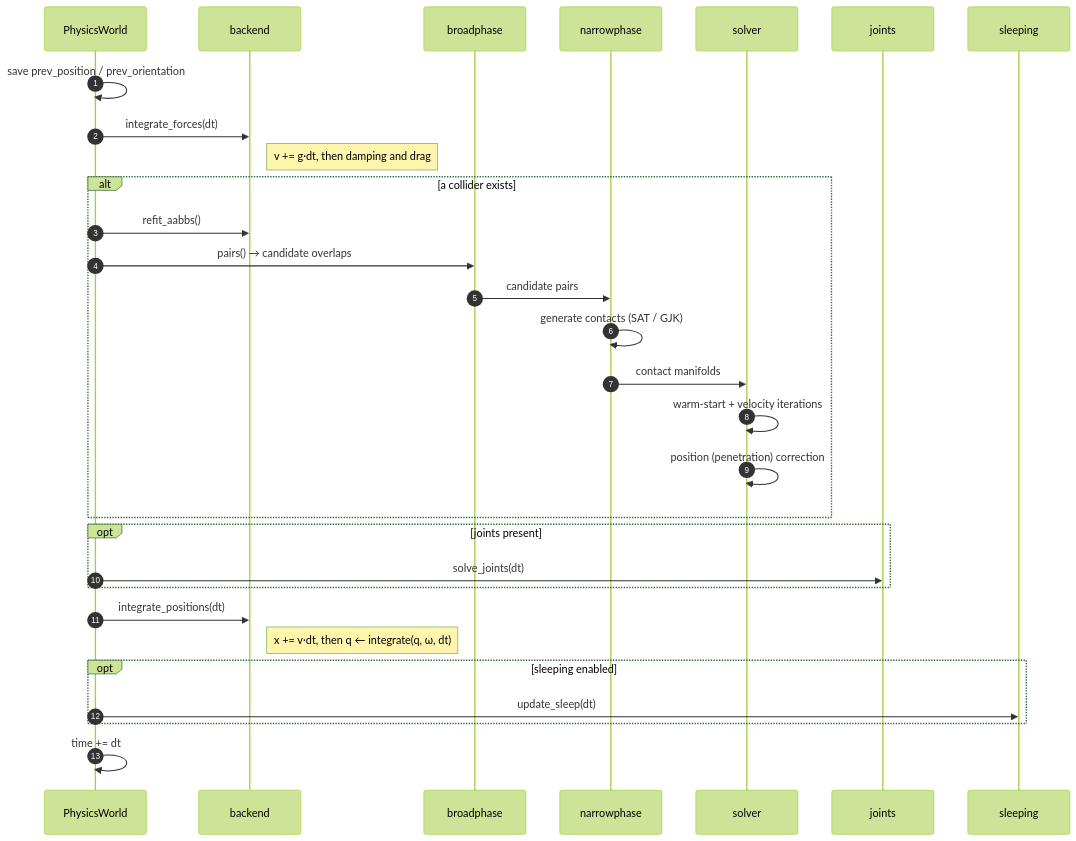
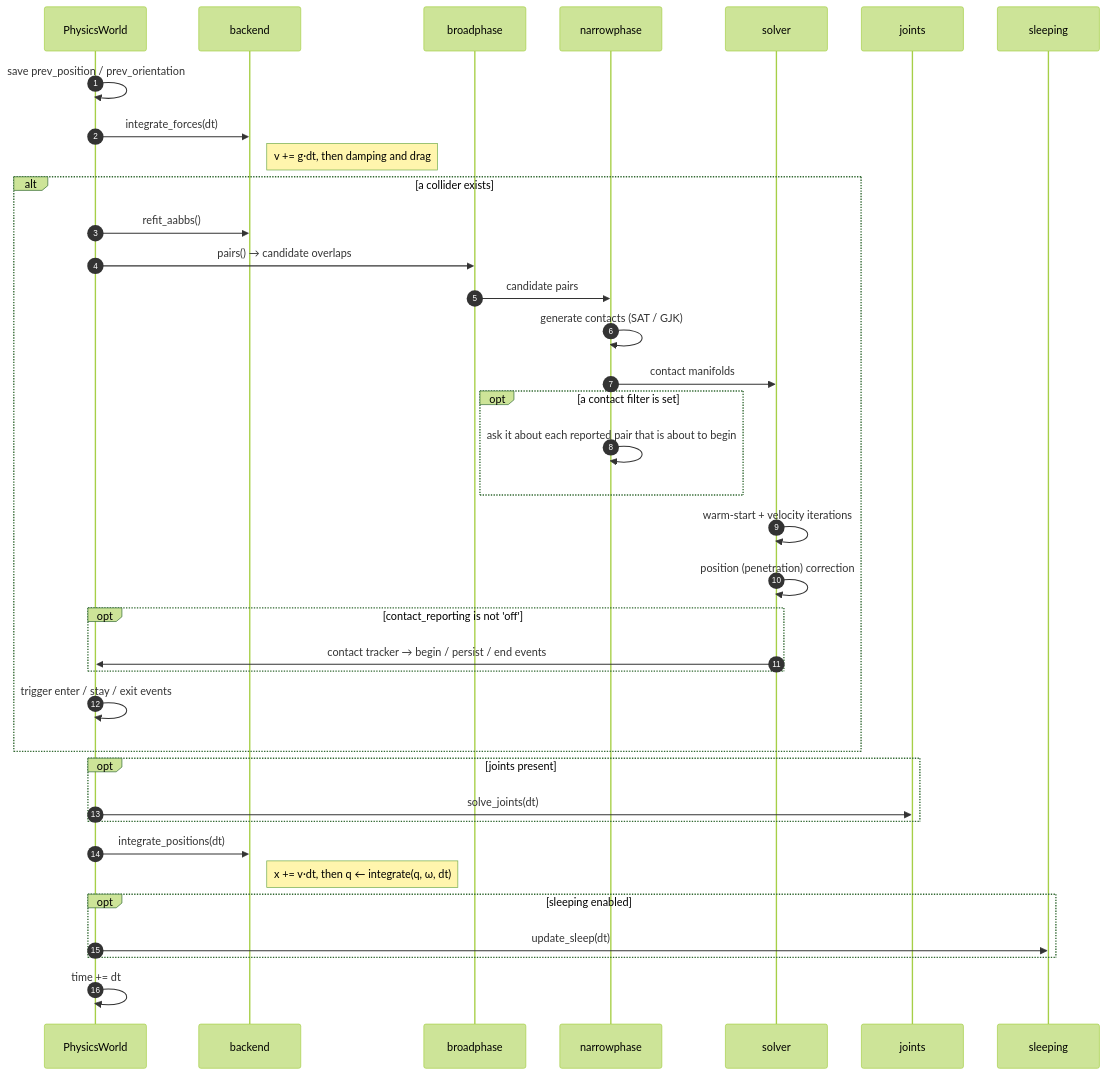
One commit to mcfletch/omi_physics changed the second of 3 diagrams in docs/PIPELINE.md. Above: the diagram before and after it, drawn with Mermaid (forest theme). The commit also changed other lines of this file and 15 other files, not shown here.

````diff
--- a/docs/PIPELINE.md
+++ b/docs/PIPELINE.md
@@ -19,33 +19,40 @@
 ```mermaid
 sequenceDiagram
     autonumber
     participant W as PhysicsWorld
     participant B as backend
     participant BP as broadphase
     participant NP as narrowphase
     participant SV as solver
     participant JO as joints
     participant SL as sleeping
 
     W->>W: save prev_position / prev_orientation
     W->>B: integrate_forces(dt)
     Note right of B: v += g·dt, then damping and drag
     alt a collider exists
         W->>B: refit_aabbs()
         W->>BP: pairs()  → candidate overlaps
         BP->>NP: candidate pairs
         NP->>NP: generate contacts (SAT / GJK)
         NP->>SV: contact manifolds
+        opt a contact filter is set
+            NP->>NP: ask it about each reported pair that is about to begin
+        end
         SV->>SV: warm-start + velocity iterations
         SV->>SV: position (penetration) correction
+        opt contact_reporting is not 'off'
+            SV->>W: contact tracker → begin / persist / end events
+        end
+        W->>W: trigger enter / stay / exit events
     end
     opt joints present
         W->>JO: solve_joints(dt)
     end
     W->>B: integrate_positions(dt)
     Note right of B: x += v·dt, then q ← integrate(q, ω, dt)
     opt sleeping enabled
         W->>SL: update_sleep(dt)
     end
     W->>W: time += dt
 ```
````
